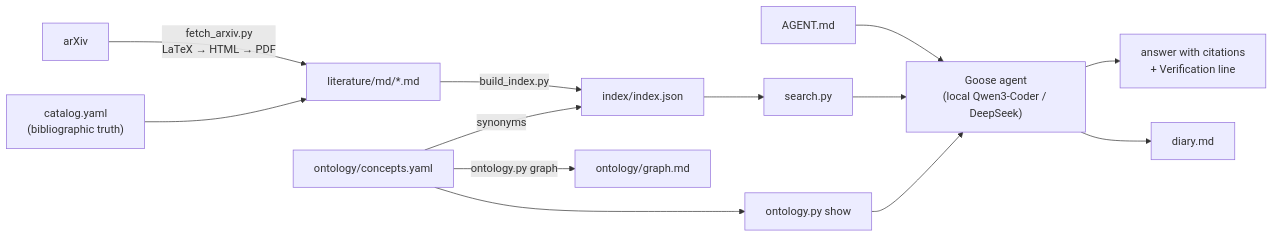
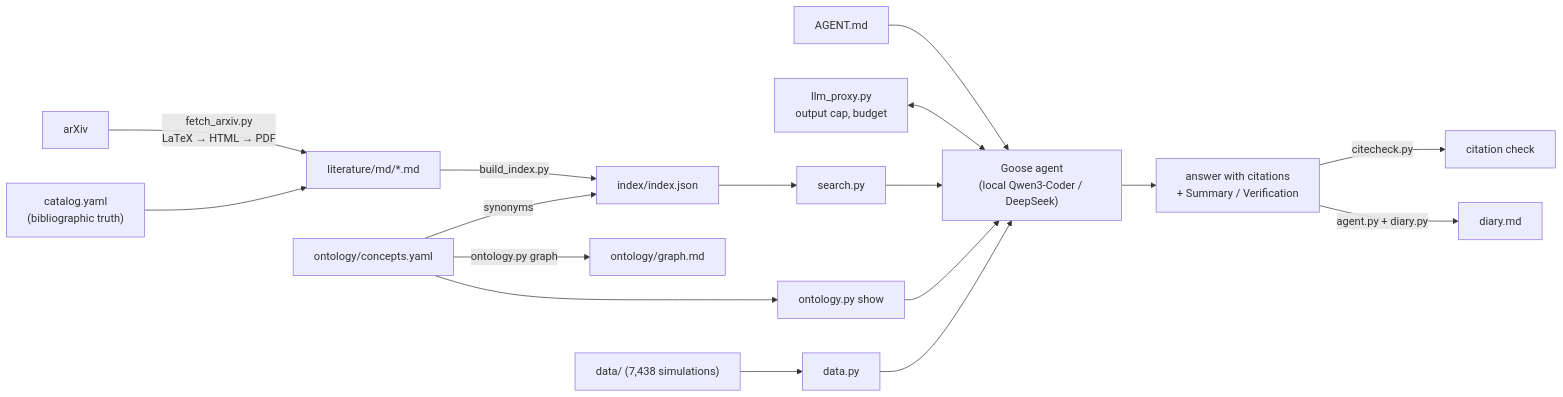
One commit to sultan11th/ccsn-gw-env changed the diagram in REPORT.md. Above: the diagram before and after it, drawn with Mermaid. The commit also changed other lines of this file and 16 other files, not shown here.

````diff
--- a/REPORT.md
+++ b/REPORT.md
@@ -43,15 +44,19 @@
 ```mermaid
 graph LR
   arxiv["arXiv"] -->|"fetch_arxiv.py<br/>LaTeX → HTML → PDF"| md["literature/md/*.md"]
   cat["catalog.yaml<br/>(bibliographic truth)"] --> md
   md -->|build_index.py| idx["index/index.json"]
   onto["ontology/concepts.yaml"] -->|synonyms| idx
   onto -->|ontology.py graph| graphmd["ontology/graph.md"]
   idx --> search["search.py"]
   onto --> show["ontology.py show"]
+  dataset["data/ (7,438 simulations)"] --> dpy["data.py"]
   contract["AGENT.md"] --> agent["Goose agent<br/>(local Qwen3-Coder / DeepSeek)"]
+  proxy["llm_proxy.py<br/>output cap, budget"] <--> agent
   search --> agent
   show --> agent
-  agent --> answer["answer with citations<br/>+ Verification line"]
-  agent --> diary["diary.md"]
+  dpy --> agent
+  agent --> answer["answer with citations<br/>+ Summary / Verification"]
+  answer -->|"citecheck.py"| check["citation check"]
+  answer -->|"agent.py + diary.py"| diary["diary.md"]
 ```
````
